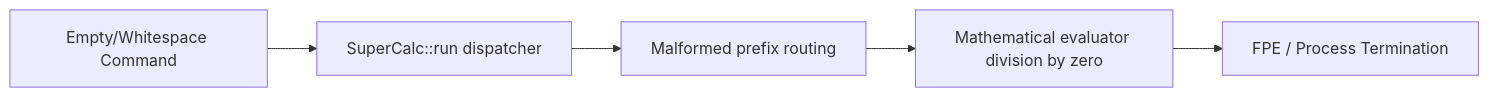
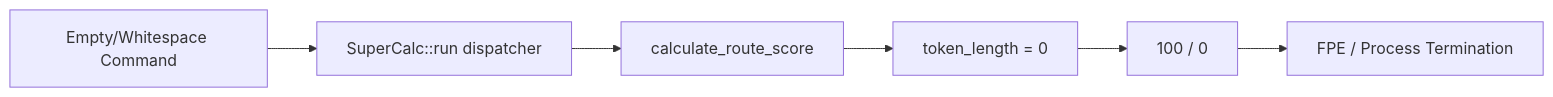
Before and after one commit to DaWasteh/SuperCalc-Sicherheitsbenchmark: diagram 20 of 20 in enhanced_exploits.md, drawn with Mermaid. The commit also changed other lines of this file and 31 other files, not shown here.

````diff
--- a/enhanced_exploits.md
+++ b/enhanced_exploits.md
@@ -493,7 +500,8 @@
 ```mermaid
 flowchart LR
   A[Empty/Whitespace Command] --> B[SuperCalc::run dispatcher]
-  B --> C[Malformed prefix routing]
-  C --> D[Mathematical evaluator division by zero]
-  D --> E[FPE / Process Termination]
+  B --> C[calculate_route_score]
+  C --> D[token_length = 0]
+  D --> E[100 / 0]
+  E --> F[FPE / Process Termination]
 ```
````
